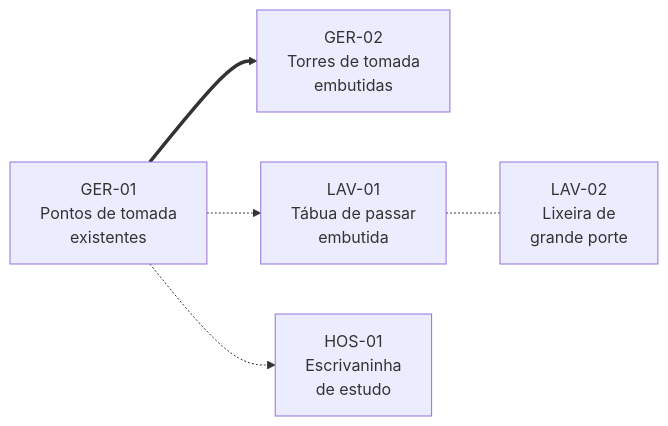
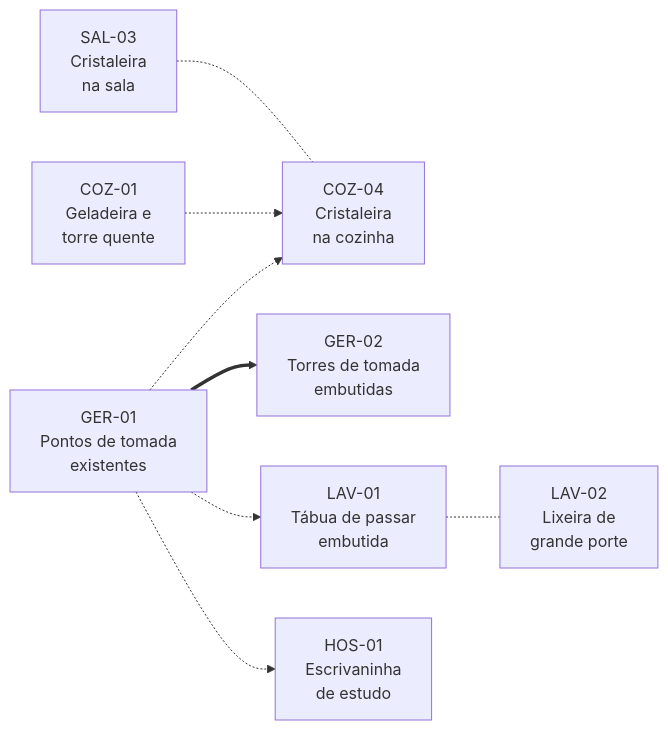
The diagram in docs/r2/index.md (mateuslh/projeto-ap), drawn with Mermaid before and after one commit. The commit also changed other lines of this file and 6 other files, not shown here.

First line of the commit message:
docs: adiciona COZ-04, cristaleira voltada para o corredor

````diff
--- a/docs/r2/index.md
+++ b/docs/r2/index.md
@@ -88,13 +90,19 @@
 ```mermaid
 flowchart LR
+  SAL03["SAL-03<br/>Cristaleira<br/>na sala"]
+  COZ04["COZ-04<br/>Cristaleira<br/>na cozinha"]
+  COZ01["COZ-01<br/>Geladeira e<br/>torre quente"]
   GER01["GER-01<br/>Pontos de tomada<br/>existentes"]
   GER02["GER-02<br/>Torres de tomada<br/>embutidas"]
   LAV01["LAV-01<br/>Tábua de passar<br/>embutida"]
   LAV02["LAV-02<br/>Lixeira de<br/>grande porte"]
   HOS01["HOS-01<br/>Escrivaninha<br/>de estudo"]
 
   GER01 ==> GER02
   GER01 -.-> LAV01
   GER01 -.-> HOS01
+  GER01 -.-> COZ04
+  COZ01 -.-> COZ04
   LAV01 -.- LAV02
+  SAL03 -.- COZ04
 ```
````
